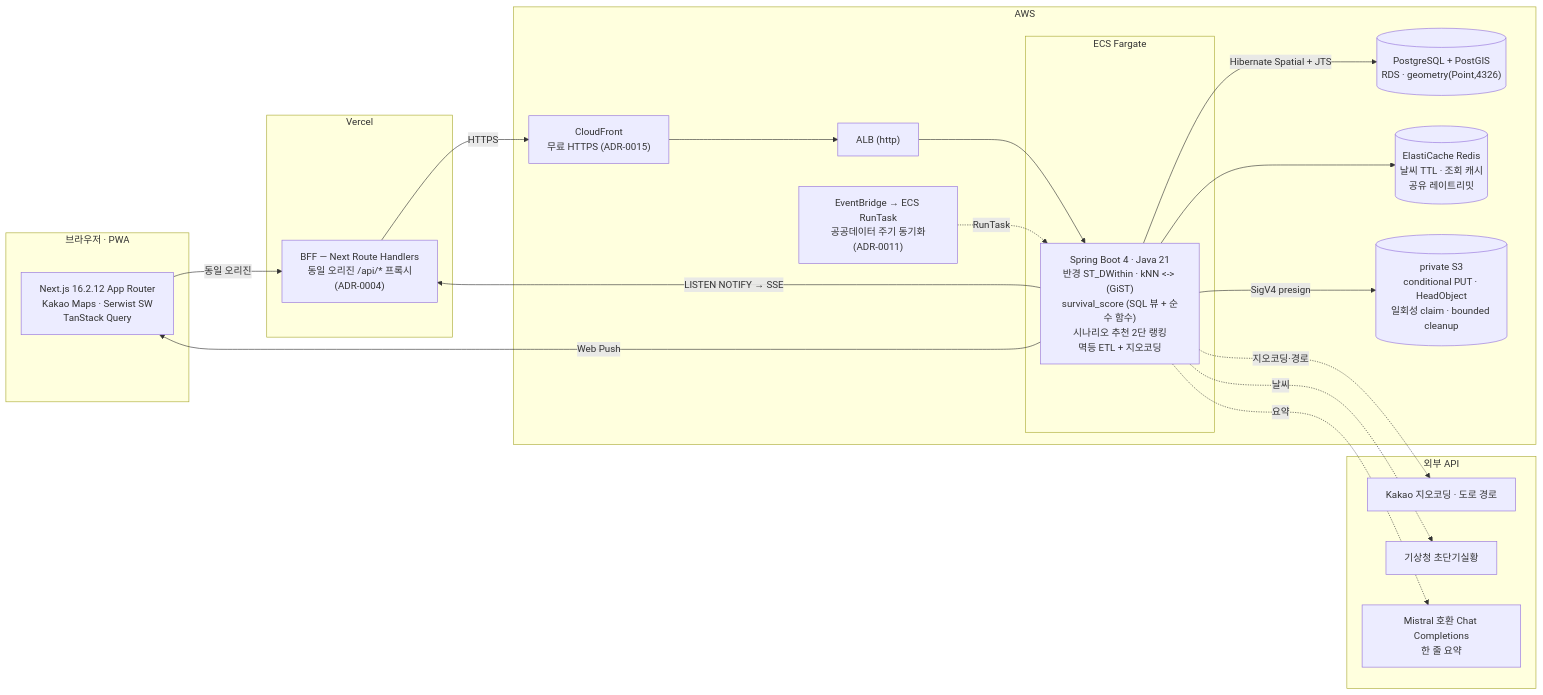
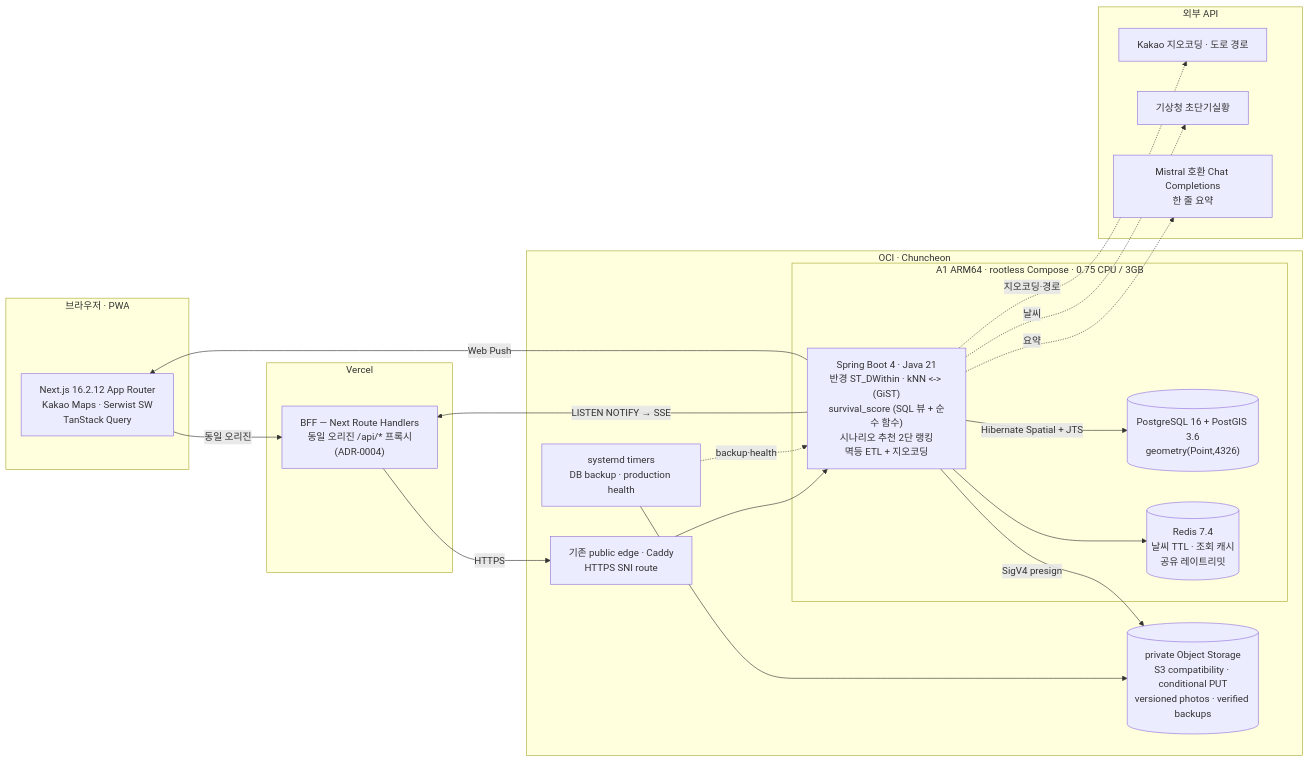
Before and after one commit to ghdtjdwn/geuneul: the first of 3 diagrams in docs/architecture.md, drawn with Mermaid. The commit also changed other lines of this file and 6 other files, not shown here.

Commit message:
docs: record AWS to OCI production migration

````diff
--- a/docs/architecture.md
+++ b/docs/architecture.md
@@ -14,40 +14,40 @@
 ```mermaid
 flowchart LR
   subgraph client["브라우저 · PWA"]
     UI["Next.js 16.2.12 App Router<br/>Kakao Maps · Serwist SW<br/>TanStack Query"]
   end
 
   subgraph vercel["Vercel"]
     BFF["BFF — Next Route Handlers<br/>동일 오리진 /api/* 프록시<br/>(ADR-0004)"]
   end
 
-  subgraph aws["AWS"]
-    CF["CloudFront<br/>무료 HTTPS (ADR-0015)"]
-    ALB["ALB (http)"]
-    subgraph ecs["ECS Fargate"]
+  subgraph oci["OCI · Chuncheon"]
+    EDGE["기존 public edge · Caddy<br/>HTTPS SNI route"]
+    subgraph rootless["A1 ARM64 · rootless Compose · 0.75 CPU / 3GB"]
       API["Spring Boot 4 · Java 21<br/>반경 ST_DWithin · kNN &lt;-&gt; (GiST)<br/>survival_score (SQL 뷰 + 순수 함수)<br/>시나리오 추천 2단 랭킹<br/>멱등 ETL + 지오코딩"]
+      PG[("PostgreSQL 16 + PostGIS 3.6<br/>geometry(Point,4326)")]
+      REDIS[("Redis 7.4<br/>날씨 TTL · 조회 캐시<br/>공유 레이트리밋")]
     end
-    PG[("PostgreSQL + PostGIS<br/>RDS · geometry(Point,4326)")]
-    REDIS[("ElastiCache Redis<br/>날씨 TTL · 조회 캐시<br/>공유 레이트리밋")]
-    S3[("private S3<br/>conditional PUT · HeadObject<br/>일회성 claim · bounded cleanup")]
-    EB["EventBridge → ECS RunTask<br/>공공데이터 주기 동기화<br/>(ADR-0011)"]
+    OBJ[("private Object Storage<br/>S3 compatibility · conditional PUT<br/>versioned photos · verified backups")]
+    TIMER["systemd timers<br/>DB backup · production health"]
   end
 
   subgraph ext["외부 API"]
     KAKAO["Kakao 지오코딩 · 도로 경로"]
     KMA["기상청 초단기실황"]
     AI["Mistral 호환 Chat Completions<br/>한 줄 요약"]
   end
 
   UI -->|동일 오리진| BFF
-  BFF -->|HTTPS| CF --> ALB --> API
+  BFF -->|HTTPS| EDGE --> API
   API -->|Hibernate Spatial + JTS| PG
   API --> REDIS
-  API -->|SigV4 presign| S3
+  API -->|SigV4 presign| OBJ
   API -.지오코딩·경로.-> KAKAO
   API -.날씨.-> KMA
   API -.요약.-> AI
-  EB -.RunTask.-> API
+  TIMER -.backup·health.-> API
+  TIMER --> OBJ
   API -->|LISTEN NOTIFY → SSE| BFF
   API -->|Web Push| UI
 ```
````
